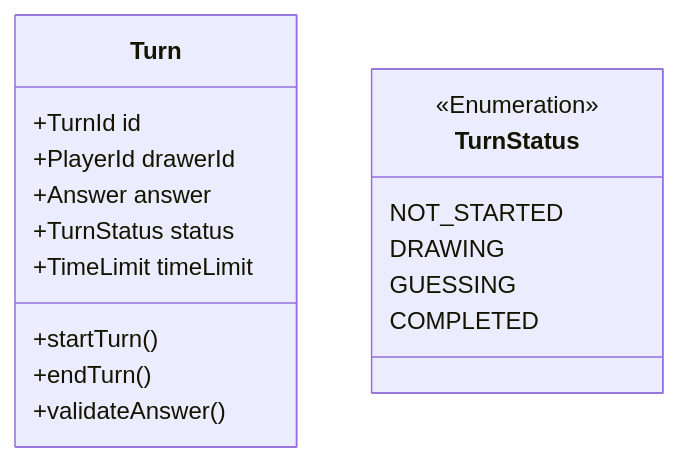
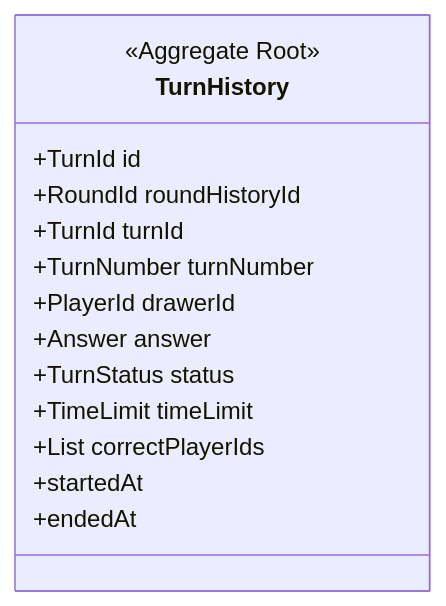
One commit to otonowa-naka/esiritori changed the fourth of 5 diagrams in design/domain-model.md. Above: the diagram before and after it, drawn with Mermaid. The commit also changed other lines of this file and 1 other file, not shown here.

````diff
--- a/design/domain-model.md
+++ b/design/domain-model.md
@@ -216,21 +234,17 @@
 ```mermaid
 classDiagram
-    class Turn {
+    class TurnHistory {
+        <<Aggregate Root>>
         +TurnId id
+        +RoundId roundHistoryId
+        +TurnId turnId
+        +TurnNumber turnNumber
         +PlayerId drawerId
         +Answer answer
         +TurnStatus status
         +TimeLimit timeLimit
-        +startTurn()
-        +endTurn()
-        +validateAnswer()
-    }
-
-    class TurnStatus {
-        <<Enumeration>>
-        NOT_STARTED
-        DRAWING
-        GUESSING
-        COMPLETED
+        +List<PlayerId> correctPlayerIds
+        +startedAt
+        +endedAt
     }
 ```
````
